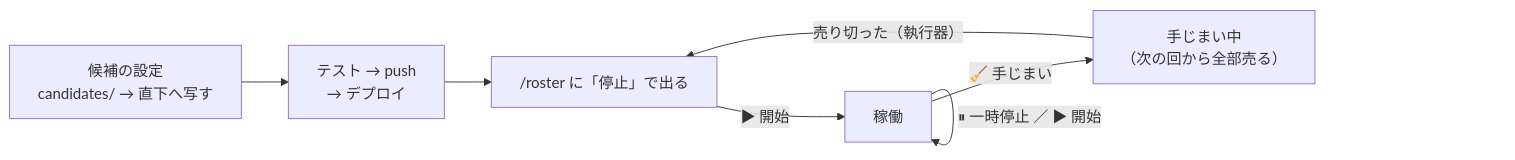
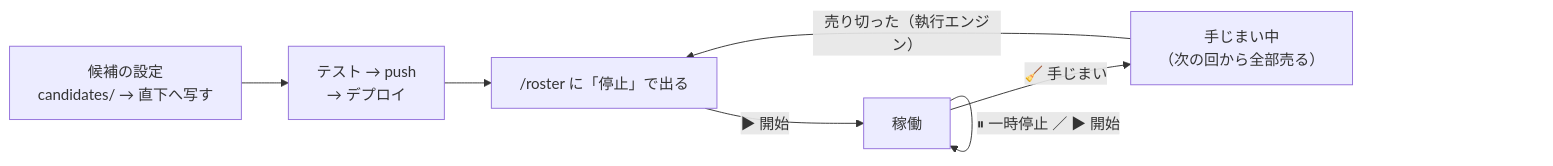
Before and after one commit to akiraak/ai-income-lab: the third of 5 diagrams in docs/specs/howto-model-trader.md, drawn with Mermaid. The commit also changed other lines of this file and 45 other files, not shown here.

````diff
--- a/docs/specs/howto-model-trader.md
+++ b/docs/specs/howto-model-trader.md
@@ -82,9 +82,9 @@
 ```mermaid
 flowchart LR
   A["候補の設定<br/>candidates/ → 直下へ写す"] --> B["テスト → push<br/>→ デプロイ"]
   B --> C["/roster に「停止」で出る"]
   C -->|"▶ 開始"| D["稼働"]
   D -->|"🧹 手じまい"| E["手じまい中<br/>（次の回から全部売る）"]
-  E -->|"売り切った（執行器）"| C
+  E -->|"売り切った（執行エンジン）"| C
   D -->|"⏸ 一時停止 ／ ▶ 開始"| D
 ```
````
